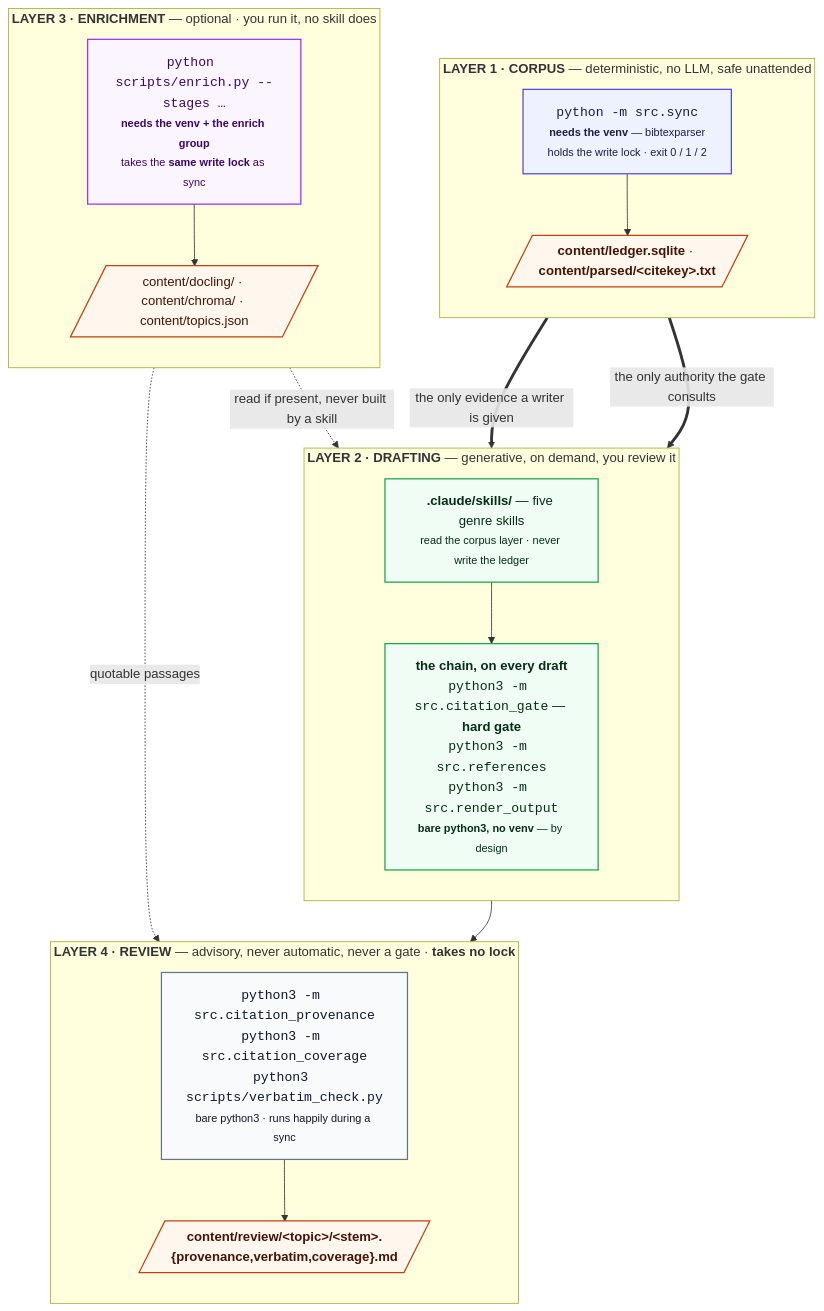
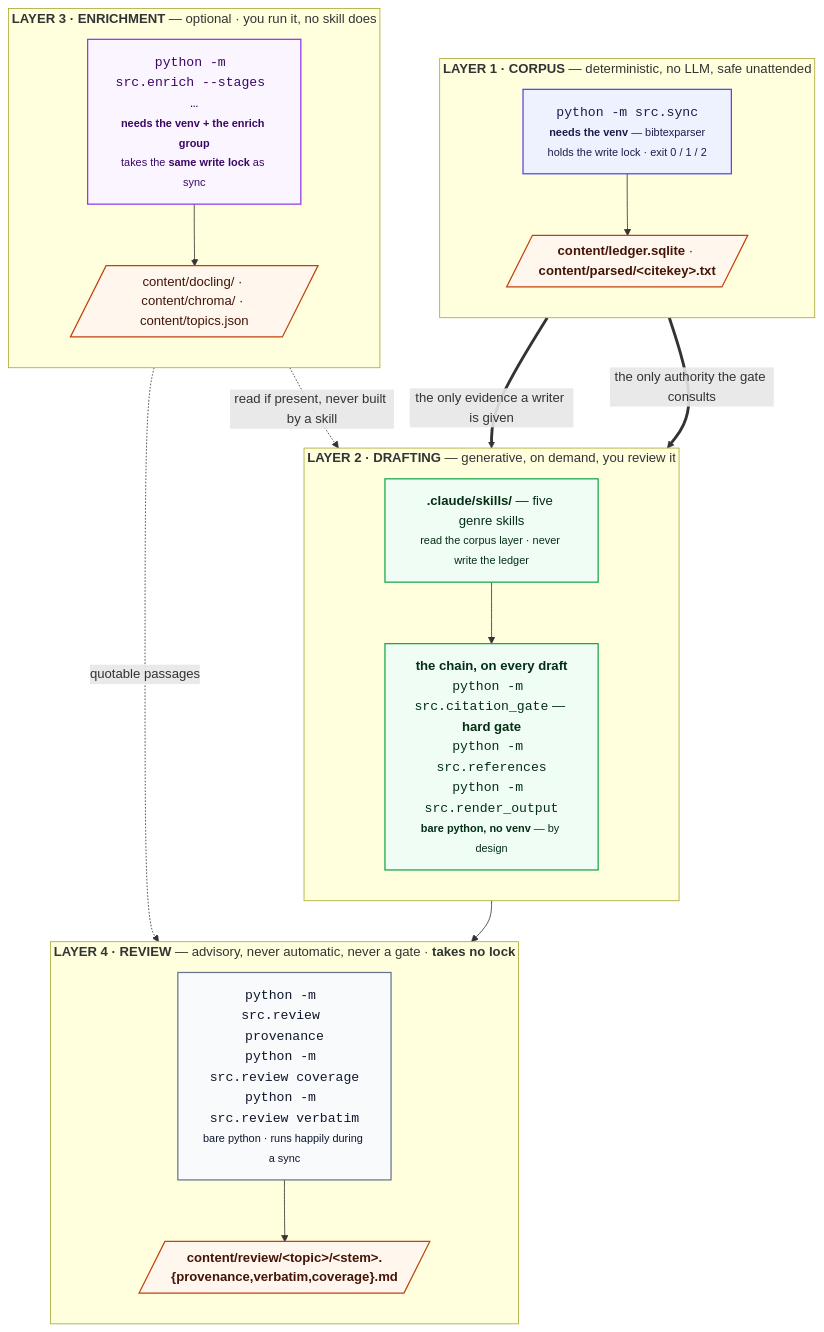
One commit to prasadtalasila/chitragupta changed the diagram in docs/ARCHITECTURE.md. Above: the diagram before and after it, drawn with Mermaid. The commit also changed other lines of this file and 88 other files, not shown here.

````diff
--- a/docs/ARCHITECTURE.md
+++ b/docs/ARCHITECTURE.md
@@ -65,49 +65,49 @@
 ```mermaid
 flowchart TB
 
   subgraph J1["<b>LAYER 1 · CORPUS</b> — deterministic, no LLM, safe unattended"]
     direction TB
     SYNC["<code>python -m src.sync</code><br/><small><b>needs the venv</b> — bibtexparser<br/>holds the write lock · exit 0 / 1 / 2</small>"]
     OUT1[/"<b>content/ledger.sqlite</b> · <b>content/parsed/&lt;citekey&gt;.txt</b>"/]
     SYNC --> OUT1
   end
 
   subgraph J2["<b>LAYER 2 · DRAFTING</b> — generative, on demand, you review it"]
     direction TB
     SKILL["<b>.claude/skills/</b> — five genre skills<br/><small>read the corpus layer · never write the ledger</small>"]
-    CHAIN["<b>the chain, on every draft</b><br/><code>python3 -m src.citation_gate</code> — <b>hard gate</b><br/><code>python3 -m src.references</code><br/><code>python3 -m src.render_output</code><br/><small><b>bare python3, no venv</b> — by design</small>"]
+    CHAIN["<b>the chain, on every draft</b><br/><code>python -m src.citation_gate</code> — <b>hard gate</b><br/><code>python -m src.references</code><br/><code>python -m src.render_output</code><br/><small><b>bare python, no venv</b> — by design</small>"]
     SKILL --> CHAIN
   end
 
   subgraph JH["<b>LAYER 3 · ENRICHMENT</b> — optional · you run it, no skill does"]
     direction TB
-    FULL["<code>python scripts/enrich.py --stages …</code><br/><small><b>needs the venv + the enrich group</b><br/>takes the <b>same write lock</b> as sync</small>"]
+    FULL["<code>python -m src.enrich --stages …</code><br/><small><b>needs the venv + the enrich group</b><br/>takes the <b>same write lock</b> as sync</small>"]
     OUT3[/"content/docling/ · content/chroma/ · content/topics.json"/]
     FULL --> OUT3
   end
 
   subgraph AID["<b>LAYER 4 · REVIEW</b> — advisory, never automatic, never a gate · <b>takes no lock</b>"]
     direction TB
-    A["<code>python3 -m src.citation_provenance</code><br/><code>python3 -m src.citation_coverage</code><br/><code>python3 scripts/verbatim_check.py</code><br/><small>bare python3 · runs happily during a sync</small>"]
+    A["<code>python -m src.review provenance</code><br/><code>python -m src.review coverage</code><br/><code>python -m src.review verbatim</code><br/><small>bare python · runs happily during a sync</small>"]
     OUT4[/"<b>content/review/&lt;topic&gt;/&lt;stem&gt;.{provenance,verbatim,coverage}.md</b>"/]
     A --> OUT4
   end
 
   OUT1 == "the only evidence a writer is given" ==> SKILL
   OUT1 == "the only authority the gate consults" ==> CHAIN
   OUT3 -. "read if present, never built by a skill" .-> SKILL
   OUT3 -. "quotable passages" .-> A
   CHAIN --> A
 
   classDef det fill:#eef2ff,stroke:#4f46e5,stroke-width:1.5px,color:#1e1b4b
   classDef gen fill:#f0fdf4,stroke:#16a34a,stroke-width:1.5px,color:#052e16
   classDef heavy fill:#faf5ff,stroke:#9333ea,stroke-width:1.5px,color:#3b0764
   classDef store fill:#fff7ed,stroke:#c2410c,stroke-width:1.5px,color:#431407
   classDef aid fill:#f8fafc,stroke:#64748b,stroke-width:1.5px,color:#0f172a
 
   class SYNC det
   class SKILL,CHAIN gen
   class FULL heavy
   class OUT1,OUT3,OUT4 store
   class A aid
 ```
````
